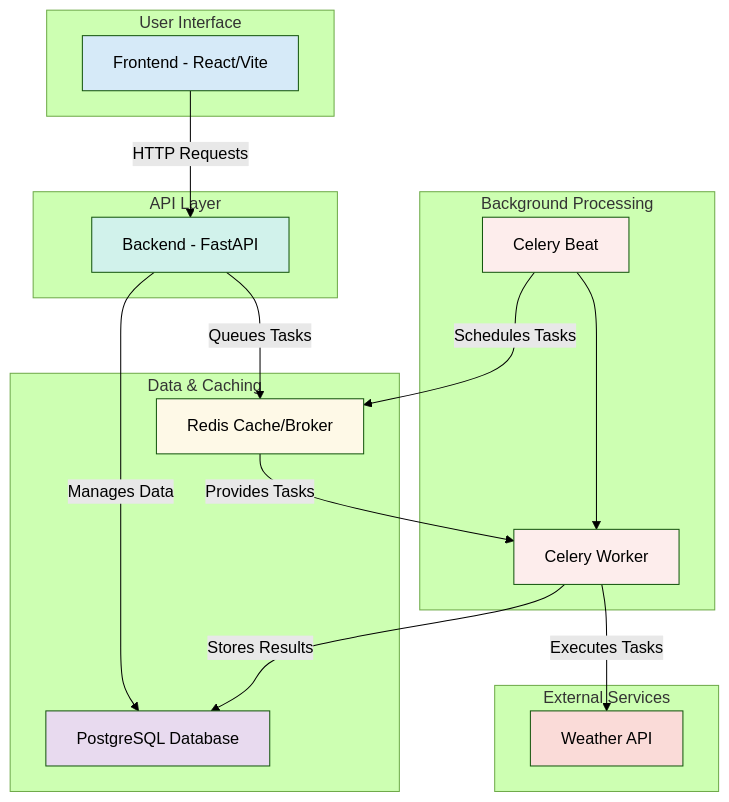
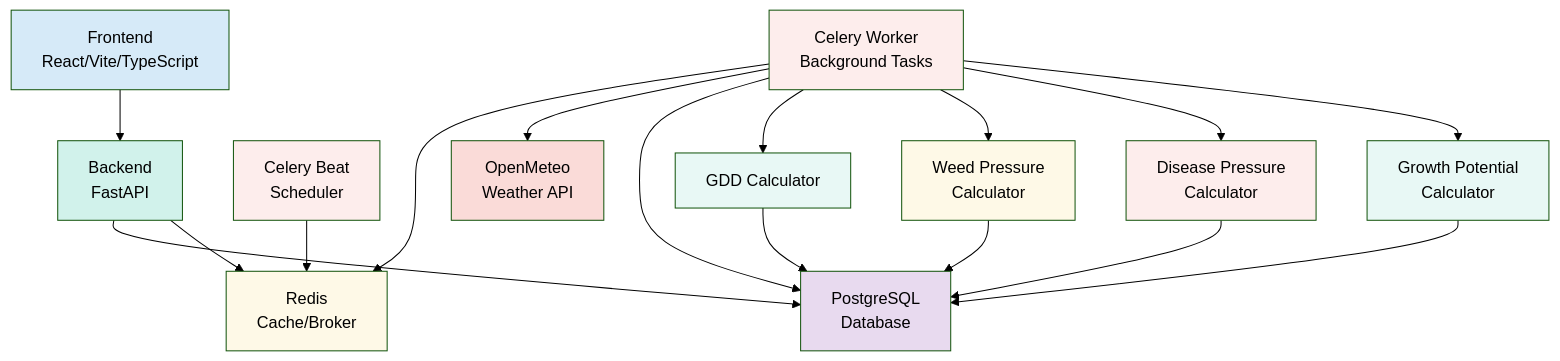
Before and after one commit to RunOnYourOwn/TurfTrack: the diagram in docs/architecture.md, drawn with Mermaid (forest theme). The commit also changed other lines of this file and 8 other files, not shown here.

Commit message:
add weed pressure, duplicate weather check, next reset date

````diff
--- a/docs/architecture.md
+++ b/docs/architecture.md
@@ -5,39 +5,33 @@
 ```mermaid
 graph TD
-    subgraph "User Interface"
-        A[Frontend - React/Vite]
-    end
+    A[Frontend<br/>React/Vite/TypeScript] --> B[Backend<br/>FastAPI]
+    B --> C[PostgreSQL<br/>Database]
+    B --> D[Redis<br/>Cache/Broker]
 
-    subgraph "API Layer"
-        B[Backend - FastAPI]
-    end
+    E[Celery Beat<br/>Scheduler] --> D
+    F[Celery Worker<br/>Background Tasks] --> D
+    F --> G[OpenMeteo<br/>Weather API]
+    F --> C
 
-    subgraph "Background Processing"
-        C[Celery Beat] --> D[Celery Worker]
-    end
+    H[GDD Calculator] --> C
+    I[Weed Pressure<br/>Calculator] --> C
+    J[Disease Pressure<br/>Calculator] --> C
+    K[Growth Potential<br/>Calculator] --> C
 
-    subgraph "Data & Caching"
-        E[PostgreSQL Database]
-        F[Redis Cache/Broker]
-    end
-
-    subgraph "External Services"
-        G[Weather API]
-    end
-
-    A -- "HTTP Requests" --> B
-    B -- "Manages Data" --> E
-    B -- "Queues Tasks" --> F
-    D -- "Executes Tasks" --> G
-    D -- "Stores Results" --> E
-    C -- "Schedules Tasks" --> F
-    F -- "Provides Tasks" --> D
+    F --> H
+    F --> I
+    F --> J
+    F --> K
 
     style A fill:#D6EAF8
     style B fill:#D1F2EB
-    style C fill:#FDEDEC
-    style D fill:#FDEDEC
-    style E fill:#E8DAEF
-    style F fill:#FEF9E7
+    style C fill:#E8DAEF
+    style D fill:#FEF9E7
+    style E fill:#FDEDEC
+    style F fill:#FDEDEC
     style G fill:#FADBD8
+    style H fill:#E8F8F5
+    style I fill:#FEF9E7
+    style J fill:#FDEDEC
+    style K fill:#E8F8F5
 ```
````
